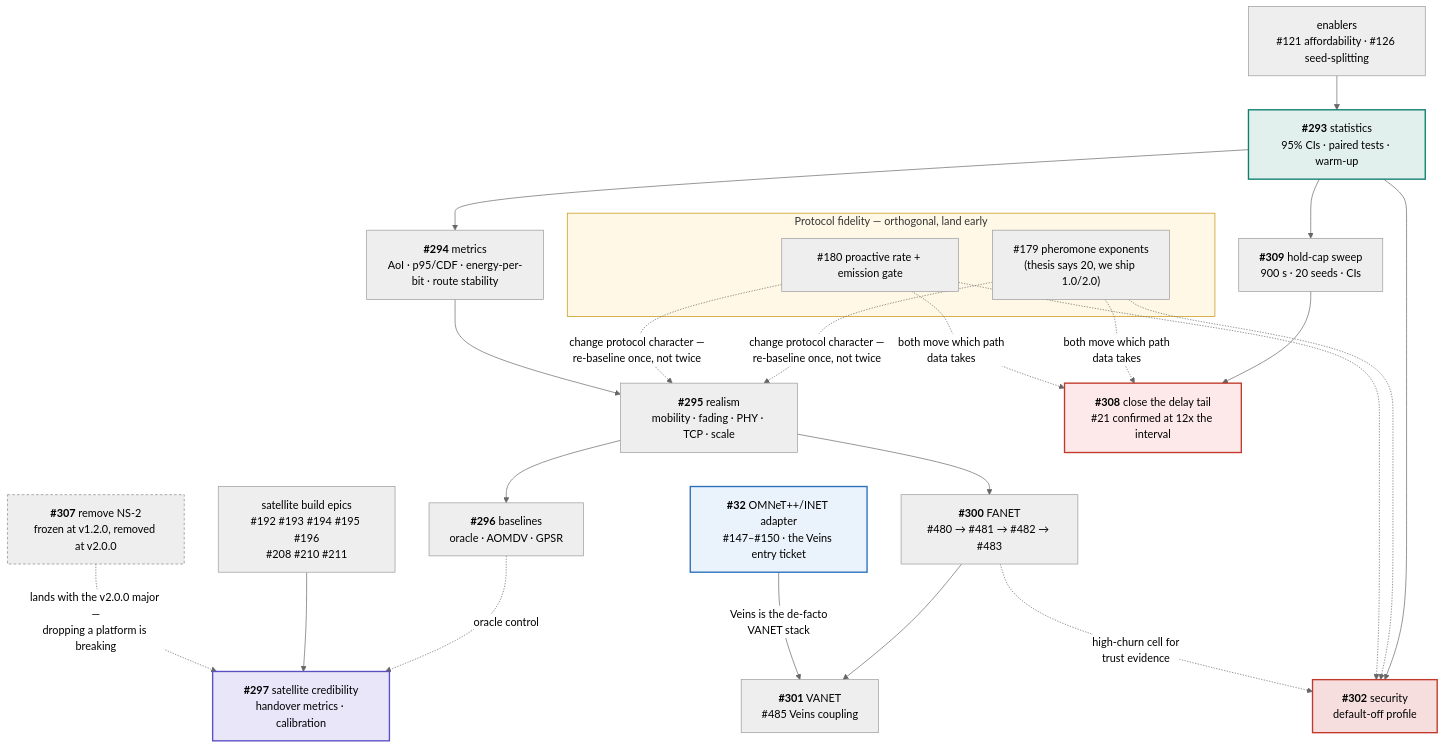
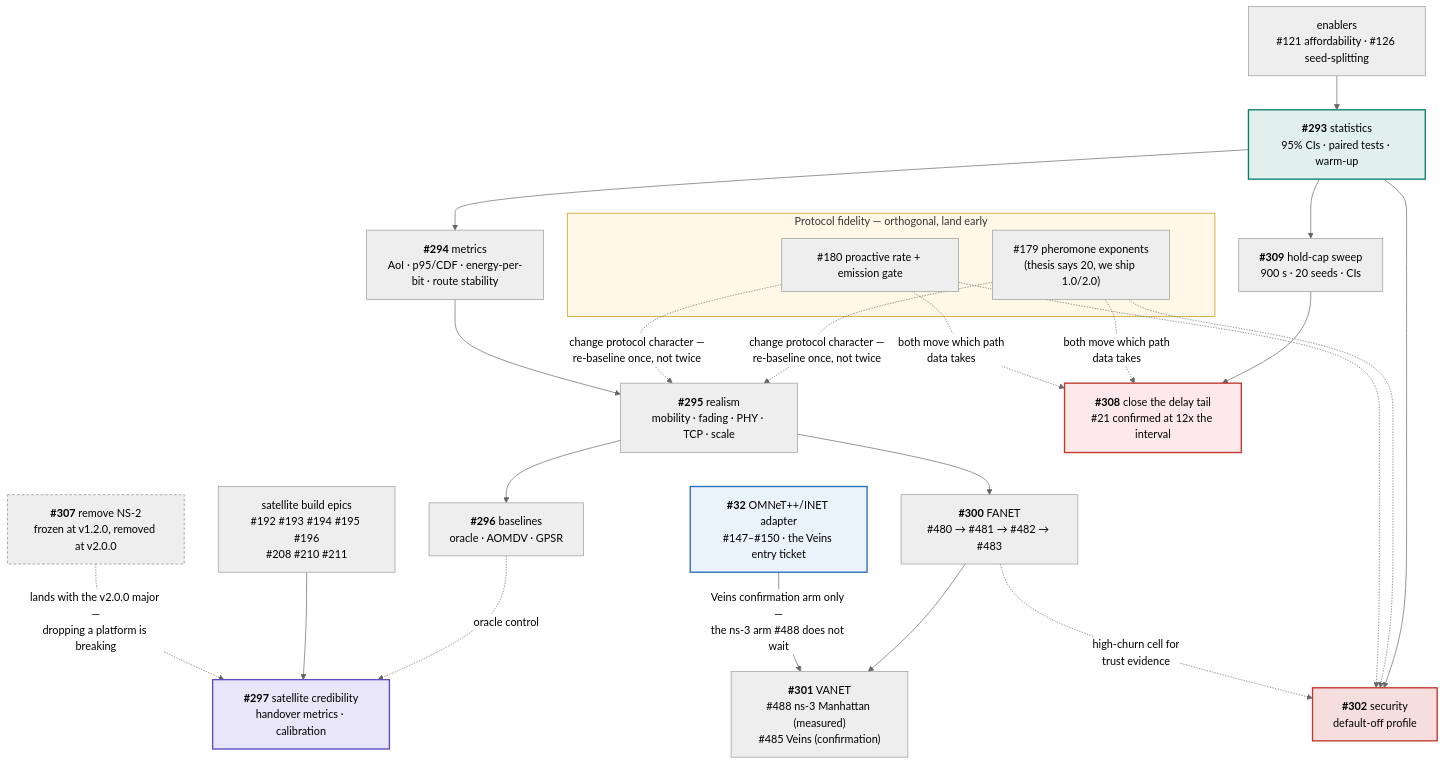
Before and after one commit to danieljoppi/AntHocNet: the second of 2 diagrams in docs/roadmap.md, drawn with Mermaid (neutral theme). The commit also changed other lines of this file, not shown here.

First line of the commit message:
docs(roadmap): make ns-3 the measured VANET arm (#488), Veins the confirmation (#485) (#489)

````diff
--- a/docs/roadmap.md
+++ b/docs/roadmap.md
@@ -68,46 +68,46 @@
 ```mermaid
 flowchart TB
     subgraph FID["Protocol fidelity — orthogonal, land early"]
         F179["#179 pheromone exponents<br/>(thesis says 20, we ship 1.0/2.0)"]
         F180["#180 proactive rate + emission gate"]
     end
 
     E293["<b>#293</b> statistics<br/>95% CIs · paired tests · warm-up"]
     E294["<b>#294</b> metrics<br/>AoI · p95/CDF · energy-per-bit · route stability"]
     E295["<b>#295</b> realism<br/>mobility · fading · PHY · TCP · scale"]
     E296["<b>#296</b> baselines<br/>oracle · AOMDV · GPSR"]
     E300["<b>#300</b> FANET<br/>#480 → #481 → #482 → #483"]
-    E301["<b>#301</b> VANET<br/>#485 Veins coupling"]
+    E301["<b>#301</b> VANET<br/>#488 ns-3 Manhattan (measured)<br/>#485 Veins (confirmation)"]
     E297["<b>#297</b> satellite credibility<br/>handover metrics · calibration"]
     E302["<b>#302</b> security<br/>default-off profile"]
     E307["<b>#307</b> remove NS-2<br/>frozen at v1.2.0, removed at v2.0.0"]
     E32["<b>#32</b> OMNeT++/INET adapter<br/>#147–#150 · the Veins entry ticket"]
 
     SATBUILD["satellite build epics<br/>#192 #193 #194 #195 #196<br/>#208 #210 #211"]
     ENABLE["enablers<br/>#121 affordability · #126 seed-splitting"]
     I309["<b>#309</b> hold-cap sweep<br/>900 s · 20 seeds · CIs"]
     E308["<b>#308</b> close the delay tail<br/>#21 confirmed at 12x the interval"]
 
     ENABLE --> E293
     E293 --> I309
     I309 --> E308
     F179 & F180 -.->|"both move which path<br/>data takes"| E308
     F179 & F180 -.->|"change protocol character —<br/>re-baseline once, not twice"| E295
     E293 --> E294 --> E295 --> E296
     E295 --> E300 --> E301
     E296 -.->|"oracle control"| E297
     SATBUILD --> E297
     E293 --> E302
     F179 & F180 -.-> E302
     E307 -.->|"lands with the v2.0.0 major —<br/>dropping a platform is breaking"| E297
-    E32 -->|"Veins is the de-facto<br/>VANET stack"| E301
+    E32 -->|"Veins confirmation arm only —<br/>the ns-3 arm #488 does not wait"| E301
     E300 -.->|"high-churn cell for<br/>trust evidence"| E302
 
     style E293 fill:#e2f0ed,stroke:#0f7f70,stroke-width:2px
     style E297 fill:#e8e6f8,stroke:#5b4fc4,stroke-width:2px
     style E302 fill:#f6dede,stroke:#c0392b,stroke-width:2px
     style E307 fill:#eee,stroke:#888,stroke-dasharray:4 3
     style E32 fill:#eaf2fb,stroke:#2c6fbb,stroke-width:2px
     style E308 fill:#fde9e9,stroke:#c0392b,stroke-width:2px
     style FID fill:#fff8e6,stroke:#c48f00
 ```
````
